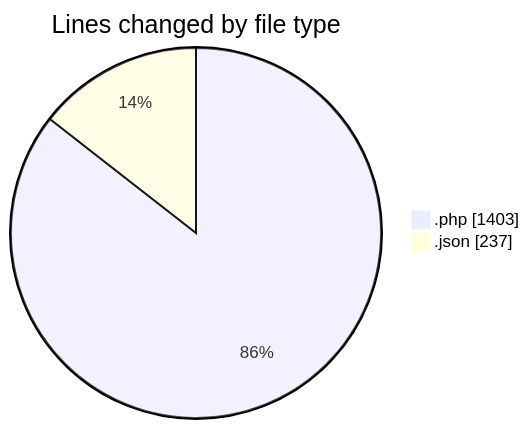
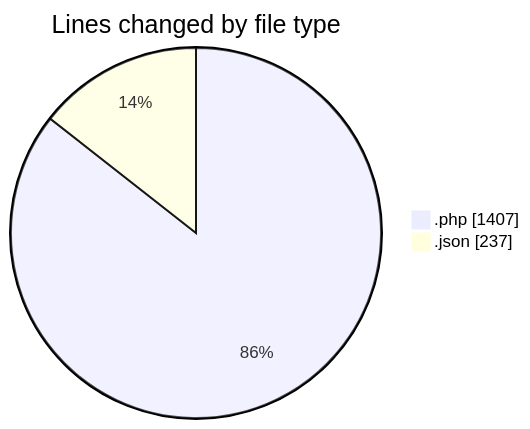
The first of 2 diagrams in 2025-06-20/studio-backend/README.md (idhammustaqopulfikri/code-tracking), drawn with Mermaid before and after one commit. The commit also changed other lines of this file and 1 other file, not shown here.

````diff
--- a/2025-06-20/studio-backend/README.md
+++ b/2025-06-20/studio-backend/README.md
@@ -22,6 +22,6 @@
 ```mermaid
 pie showData
 title Lines changed by file type
-".php" : 1403
+".php" : 1407
 ".json" : 237
 ```
````
